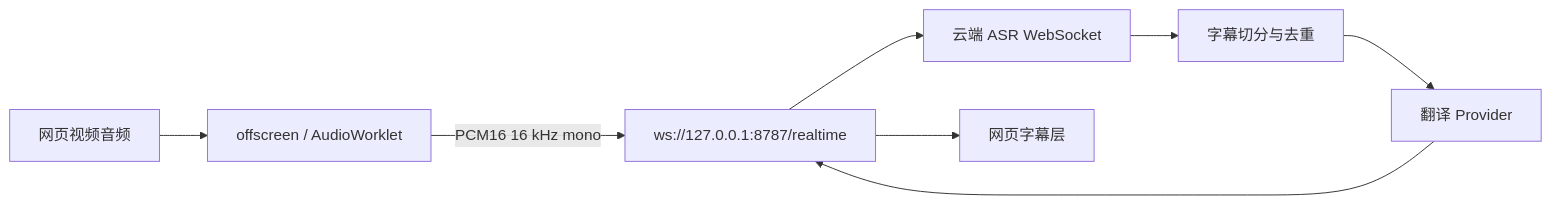
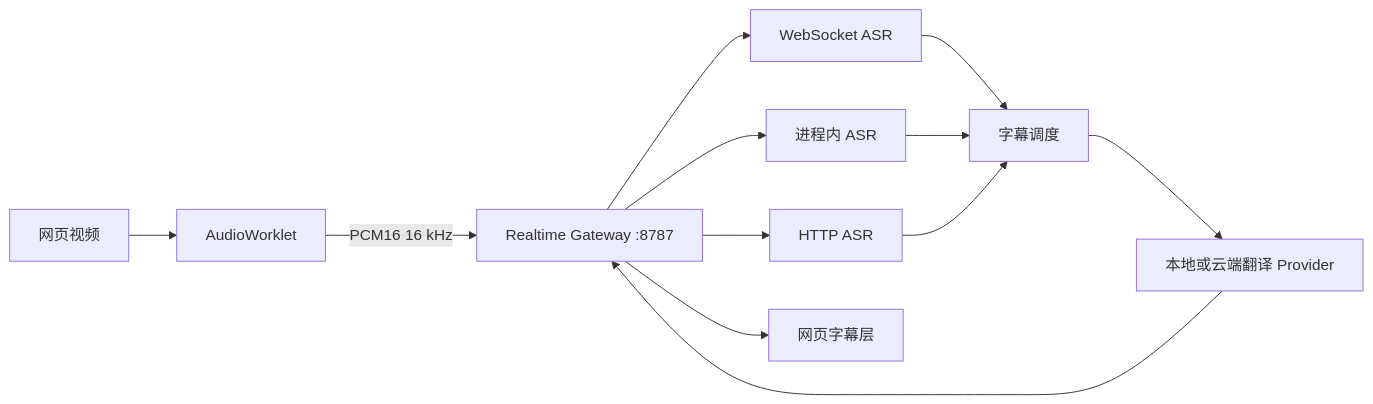
Before and after one commit to xiezhx9/hear-me-out: the diagram in docs/local-model-integration-design.md, drawn with Mermaid. The commit also changed other lines of this file and 10 other files, not shown here.

````diff
--- a/docs/local-model-integration-design.md
+++ b/docs/local-model-integration-design.md
@@ -42,10 +34,17 @@
 ```mermaid
 flowchart LR
-  Video[网页视频音频] --> Capture[offscreen / AudioWorklet]
-  Capture -->|PCM16 16 kHz mono| WS[ws://127.0.0.1:8787/realtime]
-  WS --> CloudASR[云端 ASR WebSocket]
-  CloudASR --> Caption[字幕切分与去重]
-  Caption --> Translator[翻译 Provider]
-  Translator --> WS
-  WS --> Overlay[网页字幕层]
+  Video[网页视频] --> Capture[AudioWorklet]
+  Capture -->|PCM16 16 kHz| Gateway[Realtime Gateway :8787]
+
+  Gateway --> StreamASR[WebSocket ASR]
+  Gateway --> EmbeddedASR[进程内 ASR]
+  Gateway --> HttpASR[HTTP ASR]
+
+  StreamASR --> Caption[字幕调度]
+  EmbeddedASR --> Caption
+  HttpASR --> Caption
+
+  Caption --> Translator[本地或云端翻译 Provider]
+  Translator --> Gateway
+  Gateway --> Overlay[网页字幕层]
 ```
````
